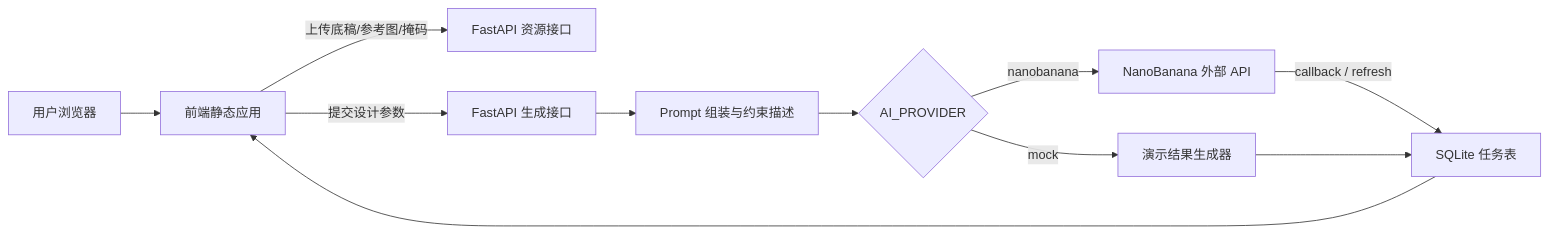
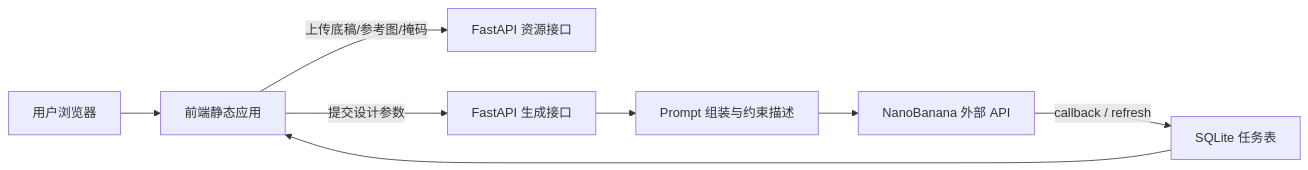
One commit to MACHENYE/home-design-ai-system changed the diagram in TECHNICAL_ROUTE.md. Above: the diagram before and after it, drawn with Mermaid. The commit also changed other lines of this file and 18 other files, not shown here.

````diff
--- a/TECHNICAL_ROUTE.md
+++ b/TECHNICAL_ROUTE.md
@@ -26,13 +26,10 @@
 ```mermaid
 flowchart LR
   U["用户浏览器"] --> F["前端静态应用"]
   F -->|上传底稿/参考图/掩码| A["FastAPI 资源接口"]
   F -->|提交设计参数| B["FastAPI 生成接口"]
   B --> C["Prompt 组装与约束描述"]
-  C --> D{"AI_PROVIDER"}
-  D -->|nanobanana| E["NanoBanana 外部 API"]
-  D -->|mock| M["演示结果生成器"]
+  C --> E["NanoBanana 外部 API"]
   E -->|callback / refresh| S["SQLite 任务表"]
-  M --> S
   S --> F
 ```
````
